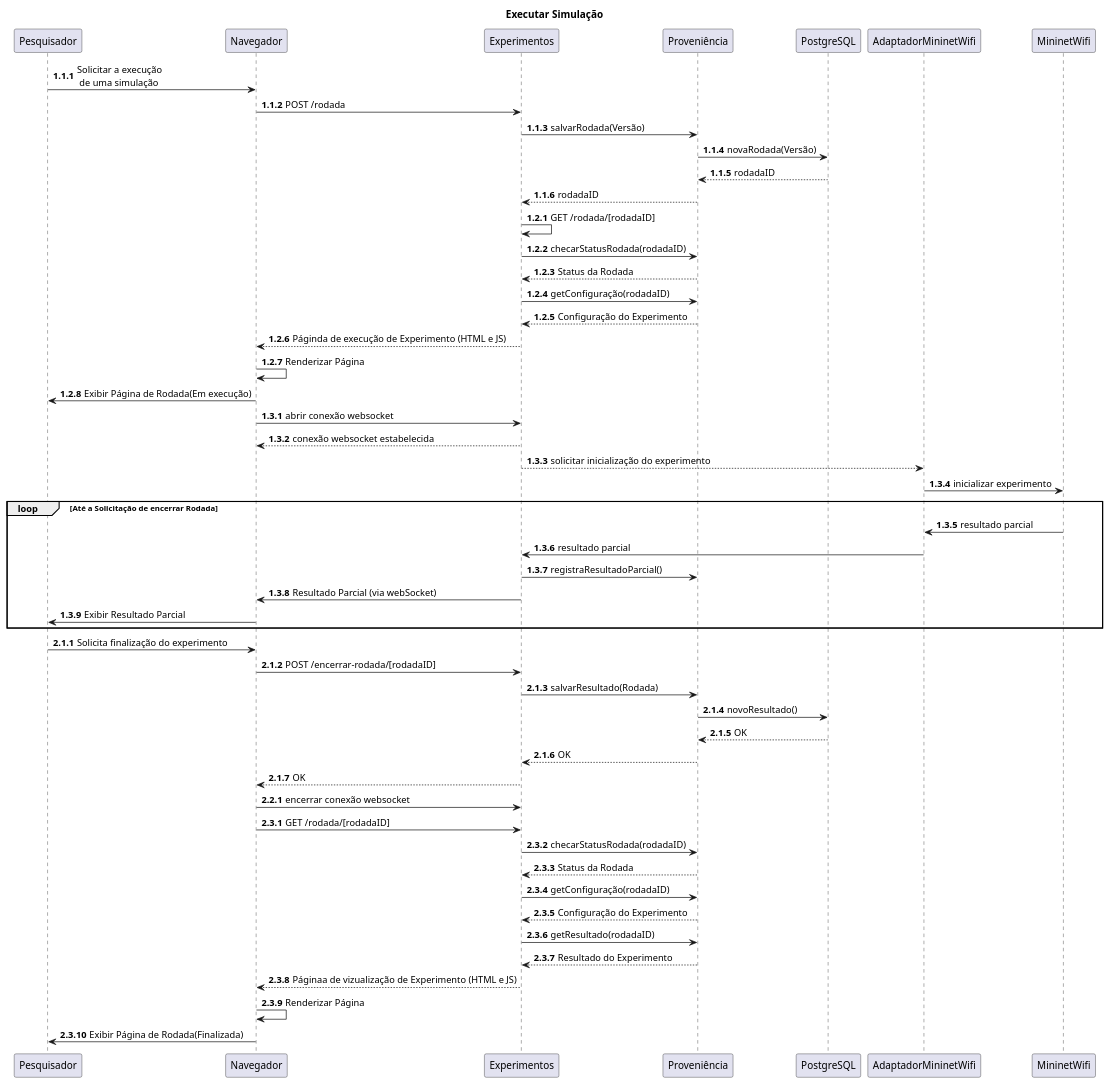
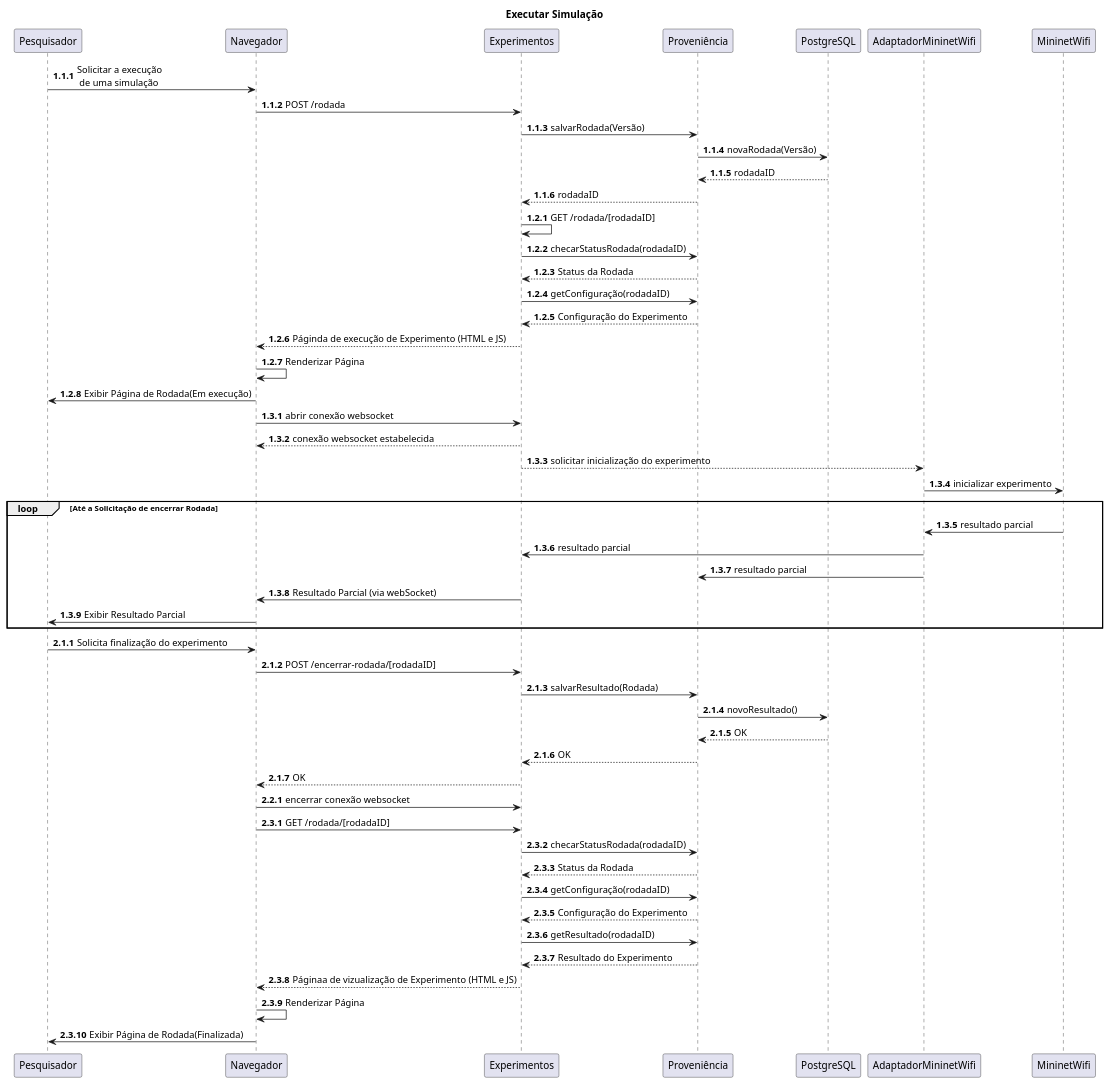
The diagram in docs/diagrams/src/sequenceDiagram.wsd (renanrodriguesmr/MiniManager), drawn with PlantUML before and after one commit. The commit also changed 10 other files, not shown here.

```diff
--- a/docs/diagrams/src/sequenceDiagram.wsd
+++ b/docs/diagrams/src/sequenceDiagram.wsd
@@ -1,62 +1,62 @@
 @startuml Diagrama de Sequência
 title Executar Simulação
 autonumber 1.1.1
 
 Pesquisador -> Navegador: Solicitar a execução\n de uma simulação
 Navegador -> Experimentos: POST /rodada
 Experimentos -> Proveniência: salvarRodada(Versão)
 Proveniência -> PostgreSQL: novaRodada(Versão)
 PostgreSQL --> Proveniência: rodadaID
 Proveniência --> Experimentos: rodadaID
 
 autonumber inc B
 Experimentos -> Experimentos: GET /rodada/[rodadaID]
 Experimentos -> Proveniência: checarStatusRodada(rodadaID)
 Proveniência --> Experimentos: Status da Rodada
 Experimentos -> Proveniência: getConfiguração(rodadaID)
 Proveniência --> Experimentos: Configuração do Experimento
 Experimentos --> Navegador: Páginda de execução de Experimento (HTML e JS)
 Navegador -> Navegador: Renderizar Página
 Navegador -> Pesquisador: Exibir Página de Rodada(Em execução)
 
 autonumber inc B
 Navegador -> Experimentos: abrir conexão websocket
 Experimentos --> Navegador: conexão websocket estabelecida
 Experimentos --> AdaptadorMininetWifi: solicitar inicialização do experimento
 AdaptadorMininetWifi -> MininetWifi: inicializar experimento
 loop Até a Solicitação de encerrar Rodada
     MininetWifi -> AdaptadorMininetWifi: resultado parcial
     AdaptadorMininetWifi -> Experimentos: resultado parcial
-    Experimentos -> Proveniência: registraResultadoParcial()
+    AdaptadorMininetWifi -> Proveniência: resultado parcial
     Experimentos -> Navegador: Resultado Parcial (via webSocket)
     Navegador -> Pesquisador: Exibir Resultado Parcial
 end
 
 autonumber inc A
 Pesquisador -> Navegador: Solicita finalização do experimento
 Navegador -> Experimentos: POST /encerrar-rodada/[rodadaID]
 Experimentos -> Proveniência: salvarResultado(Rodada)
 Proveniência -> PostgreSQL: novoResultado()
 PostgreSQL --> Proveniência: OK
 Proveniência --> Experimentos: OK
 Experimentos --> Navegador: OK
 
 autonumber inc B
 Navegador -> Experimentos: encerrar conexão websocket
 
 autonumber inc B
 Navegador -> Experimentos: GET /rodada/[rodadaID]
 Experimentos -> Proveniência: checarStatusRodada(rodadaID)
 Proveniência --> Experimentos: Status da Rodada
 Experimentos -> Proveniência: getConfiguração(rodadaID)
 Proveniência --> Experimentos: Configuração do Experimento
 Experimentos -> Proveniência: getResultado(rodadaID)
 Proveniência --> Experimentos: Resultado do Experimento
 Experimentos --> Navegador: Páginaa de vizualização de Experimento (HTML e JS)
 Navegador -> Navegador: Renderizar Página
 Navegador -> Pesquisador: Exibir Página de Rodada(Finalizada)
 
 
 
 
 @enduml
```
